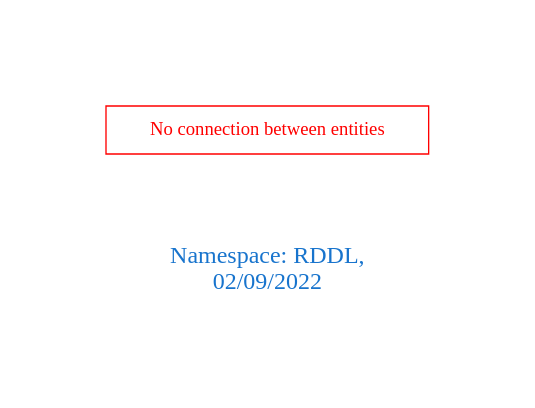
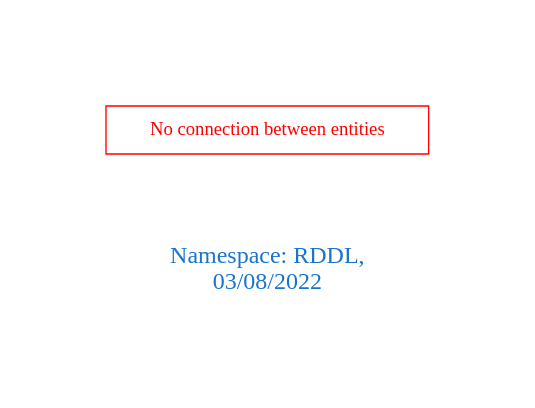
Before and after one commit to arago/OGIT: the diagram in downloads/RDDL.dot, drawn with Graphviz. The commit also changed 1906 other files, not shown here.

```diff
--- a/downloads/RDDL.dot
+++ b/downloads/RDDL.dot
@@ -1,9 +1,9 @@
 digraph OGIT_ontology {
  graph [ rankdir= LR,pad=1 
 fontsize = 18,
-fontcolor= dodgerblue3,label = "\n\n\nNamespace: RDDL, \n 02/09/2022"];
+fontcolor= dodgerblue3,label = "\n\n\nNamespace: RDDL, \n 03/08/2022"];
 node[shape=polygon];
 edge [  color="gray81"];
 
 "No connection between entities" [fontcolor = "red",color="red", shape="polygon"]
 }
```
